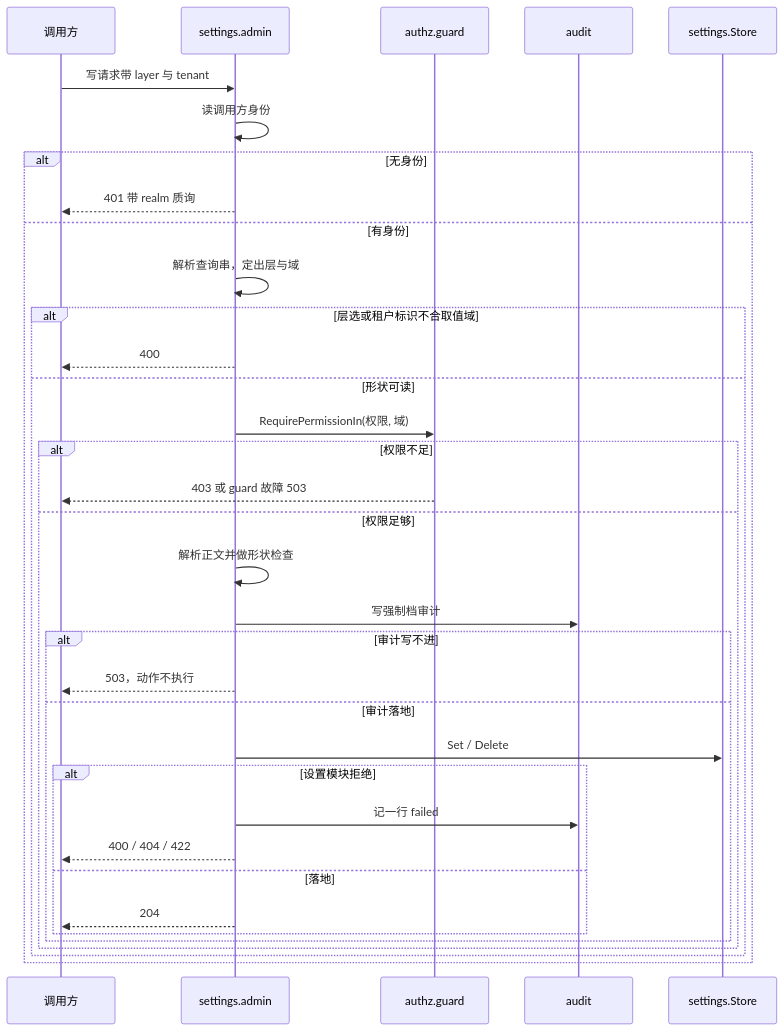
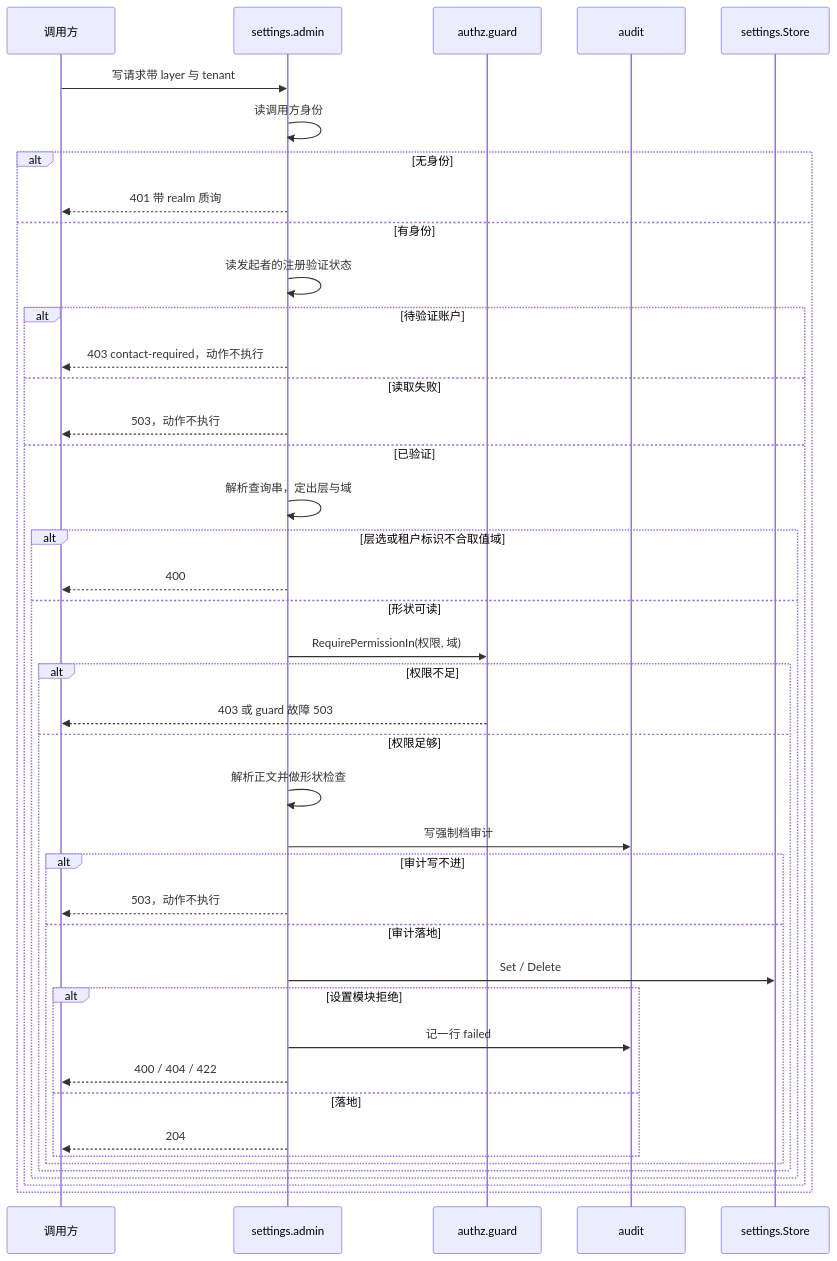
One commit to wangzw/speed changed the diagram in docs/design/modules/settings/design-settings-admin.md. Above: the diagram before and after it, drawn with Mermaid. The commit also changed other lines of this file and 30 other files, not shown here.

````diff
--- a/docs/design/modules/settings/design-settings-admin.md
+++ b/docs/design/modules/settings/design-settings-admin.md
@@ -116,37 +118,44 @@
 ```mermaid
 sequenceDiagram
     participant C as 调用方
     participant H as settings.admin
     participant G as authz.guard
     participant A as audit
     participant S as settings.Store
     C->>H: 写请求带 layer 与 tenant
     H->>H: 读调用方身份
     alt 无身份
         H-->>C: 401 带 realm 质询
     else 有身份
-        H->>H: 解析查询串，定出层与域
-        alt 层选或租户标识不合取值域
-            H-->>C: 400
-        else 形状可读
-            H->>G: RequirePermissionIn(权限, 域)
-            alt 权限不足
-                G-->>C: 403 或 guard 故障 503
-            else 权限足够
-                H->>H: 解析正文并做形状检查
-                H->>A: 写强制档审计
-                alt 审计写不进
-                    H-->>C: 503，动作不执行
-                else 审计落地
-                    H->>S: Set / Delete
-                    alt 设置模块拒绝
-                        H->>A: 记一行 failed
-                        H-->>C: 400 / 404 / 422
-                    else 落地
-                        H-->>C: 204
+        H->>H: 读发起者的注册验证状态
+        alt 待验证账户
+            H-->>C: 403 contact-required，动作不执行
+        else 读取失败
+            H-->>C: 503，动作不执行
+        else 已验证
+            H->>H: 解析查询串，定出层与域
+            alt 层选或租户标识不合取值域
+                H-->>C: 400
+            else 形状可读
+                H->>G: RequirePermissionIn(权限, 域)
+                alt 权限不足
+                    G-->>C: 403 或 guard 故障 503
+                else 权限足够
+                    H->>H: 解析正文并做形状检查
+                    H->>A: 写强制档审计
+                    alt 审计写不进
+                        H-->>C: 503，动作不执行
+                    else 审计落地
+                        H->>S: Set / Delete
+                        alt 设置模块拒绝
+                            H->>A: 记一行 failed
+                            H-->>C: 400 / 404 / 422
+                        else 落地
+                            H-->>C: 204
+                        end
                     end
                 end
             end
         end
     end
 ```
````
